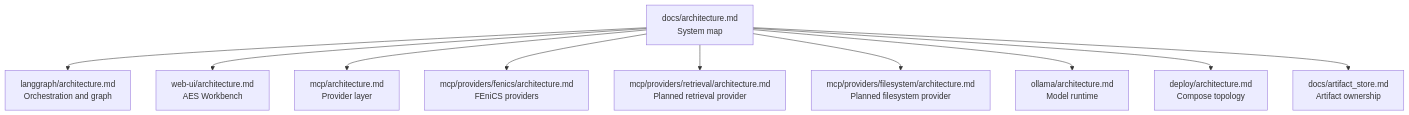
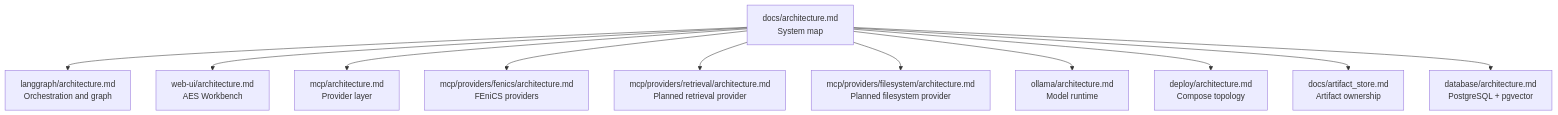
The first of 10 diagrams in docs/architecture.md (RadmirG/AES), drawn with Mermaid before and after one commit. The commit also changed other lines of this file and 32 other files, not shown here.

````diff
--- a/docs/architecture.md
+++ b/docs/architecture.md
@@ -9,12 +9,13 @@
 ```mermaid
 flowchart TD
     A["docs/architecture.md<br/>System map"] --> B["langgraph/architecture.md<br/>Orchestration and graph"]
     A --> C["web-ui/architecture.md<br/>AES Workbench"]
     A --> D["mcp/architecture.md<br/>Provider layer"]
     A --> E["mcp/providers/fenics/architecture.md<br/>FEniCS providers"]
     A --> F["mcp/providers/retrieval/architecture.md<br/>Planned retrieval provider"]
     A --> G["mcp/providers/filesystem/architecture.md<br/>Planned filesystem provider"]
     A --> H["ollama/architecture.md<br/>Model runtime"]
     A --> I["deploy/architecture.md<br/>Compose topology"]
     A --> J["docs/artifact_store.md<br/>Artifact ownership"]
+    A --> K["database/architecture.md<br/>PostgreSQL + pgvector"]
 ```
````
